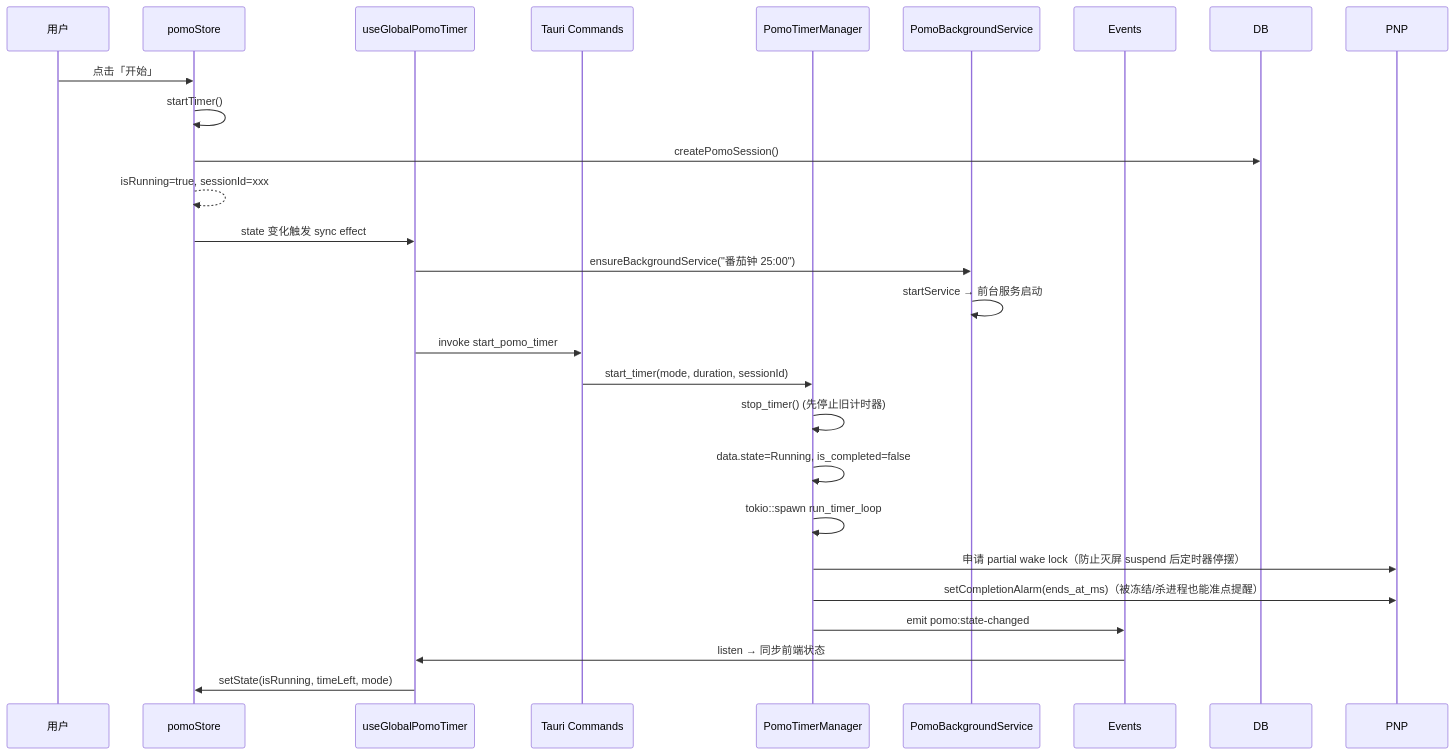
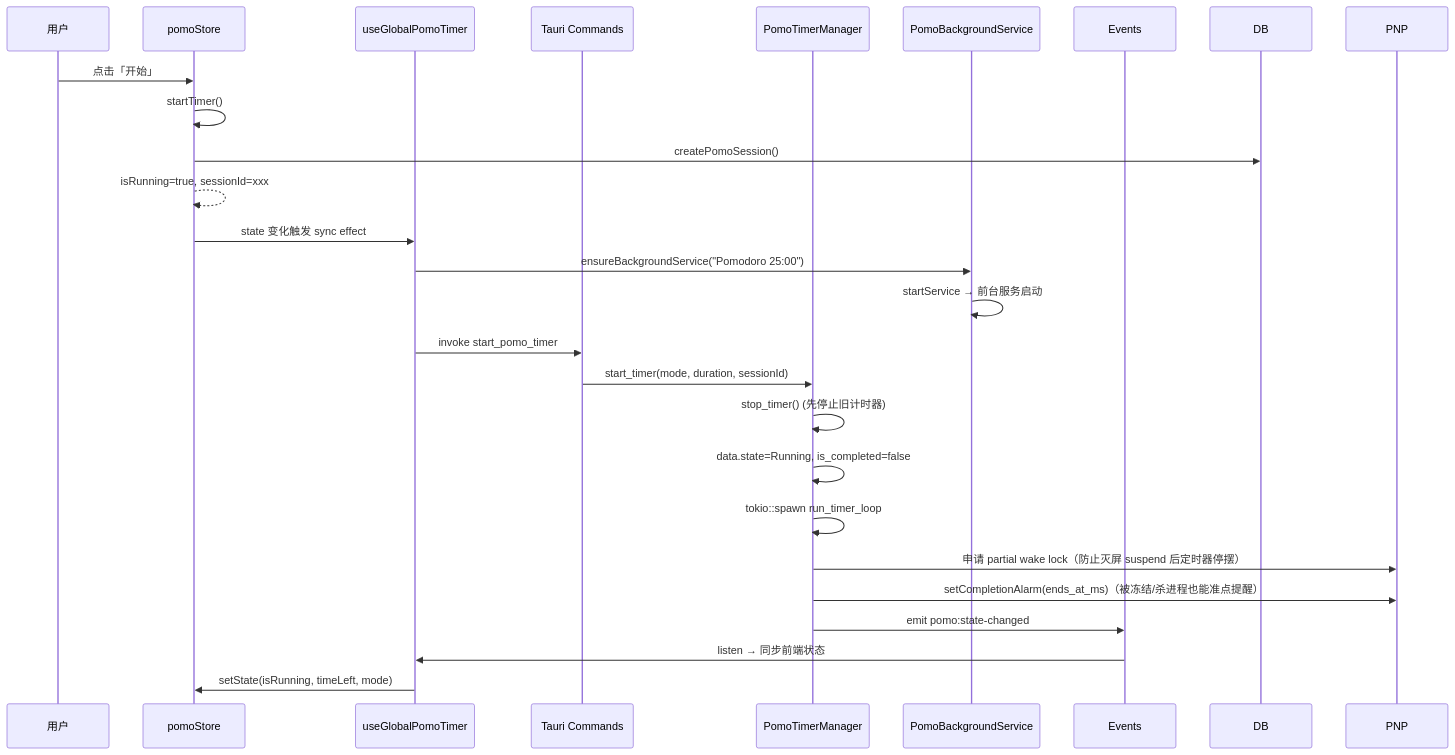
One commit to ruinb0wman/exp1 changed the second of 7 diagrams in src/docs/pomo.md. Above: the diagram before and after it, drawn with Mermaid. The commit also changed other lines of this file and 101 other files, not shown here.

````diff
--- a/src/docs/pomo.md
+++ b/src/docs/pomo.md
@@ -55,28 +55,28 @@
 ```mermaid
 sequenceDiagram
     participant U as 用户
     participant PS as pomoStore
     participant UGPT as useGlobalPomoTimer
     participant CMD as Tauri Commands
     participant PTM as PomoTimerManager
     participant BS as PomoBackgroundService
     participant EVT as Events
 
     U->>PS: 点击「开始」
     PS->>PS: startTimer()
     PS->>DB: createPomoSession()
     PS-->>PS: isRunning=true, sessionId=xxx
     PS->>UGPT: state 变化触发 sync effect
-    UGPT->>BS: ensureBackgroundService("番茄钟 25:00")
+    UGPT->>BS: ensureBackgroundService("Pomodoro 25:00")
     BS->>BS: startService → 前台服务启动
     UGPT->>CMD: invoke start_pomo_timer
     CMD->>PTM: start_timer(mode, duration, sessionId)
     PTM->>PTM: stop_timer() (先停止旧计时器)
     PTM->>PTM: data.state=Running, is_completed=false
     PTM->>PTM: tokio::spawn run_timer_loop
     PTM->>PNP: 申请 partial wake lock（防止灭屏 suspend 后定时器停摆）
     PTM->>PNP: setCompletionAlarm(ends_at_ms)（被冻结/杀进程也能准点提醒）
     PTM->>EVT: emit pomo:state-changed
     EVT->>UGPT: listen → 同步前端状态
     UGPT->>PS: setState(isRunning, timeLeft, mode)
 ```
````
